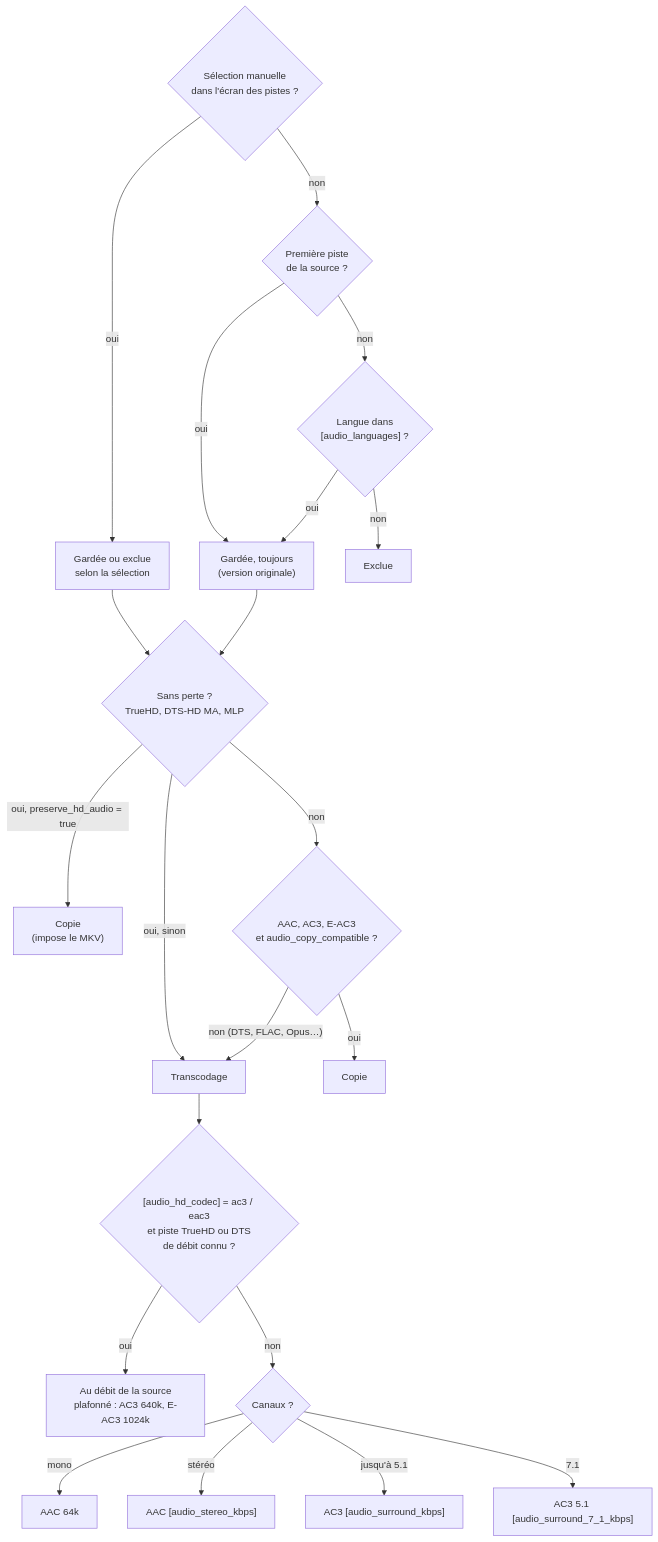
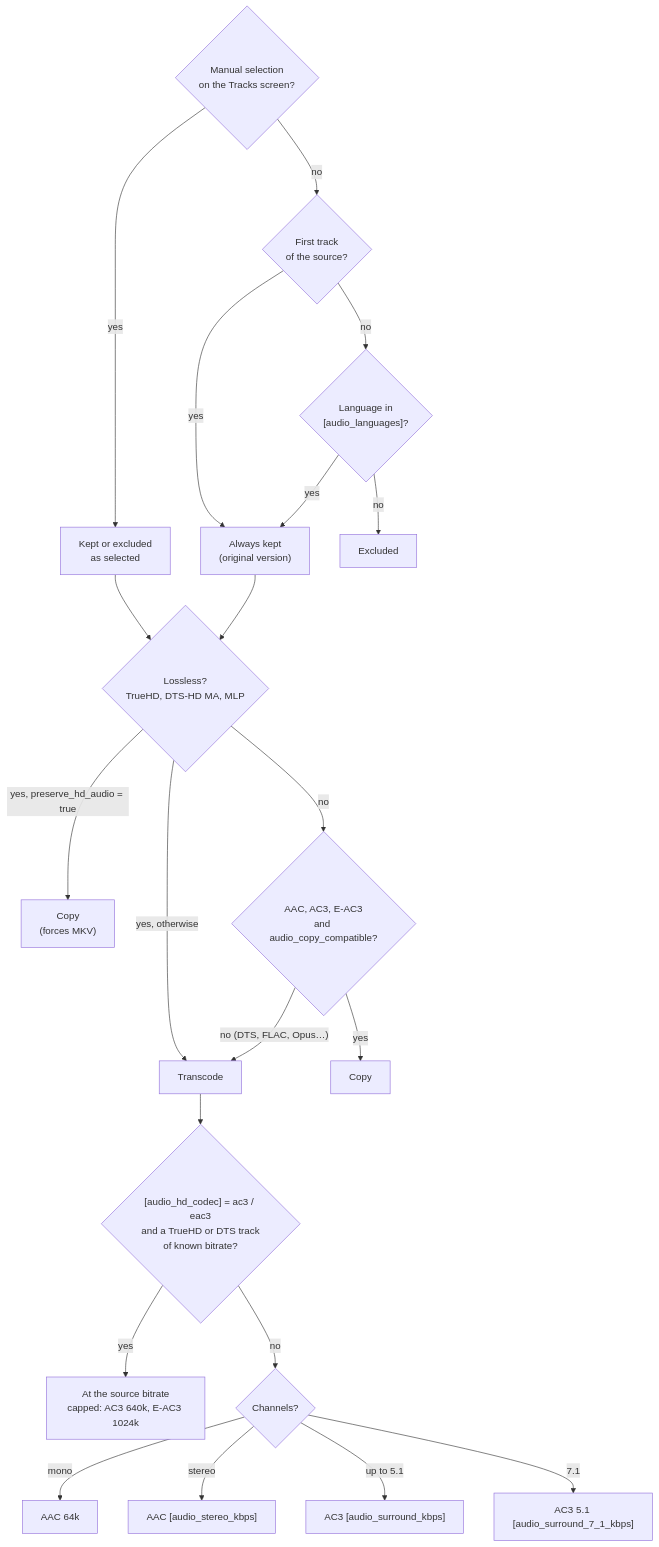
Before and after one commit to opegon/IRIS_Encode: the fourth of 6 diagrams in README.md, drawn with Mermaid. The commit also changed other lines of this file and 10 other files, not shown here.

````diff
--- a/README.md
+++ b/README.md
@@ -135,24 +137,24 @@
 ```mermaid
 flowchart TD
-    A0{"Sélection manuelle<br/>dans l'écran des pistes ?"}
-    A0 -->|oui| A1["Gardée ou exclue<br/>selon la sélection"]
-    A0 -->|non| A2{"Première piste<br/>de la source ?"}
-    A2 -->|oui| A3["Gardée, toujours<br/>(version originale)"]
-    A2 -->|non| A4{"Langue dans<br/>[audio_languages] ?"}
-    A4 -->|non| AX["Exclue"]
-    A4 -->|oui| A3
+    A0{"Manual selection<br/>on the Tracks screen?"}
+    A0 -->|yes| A1["Kept or excluded<br/>as selected"]
+    A0 -->|no| A2{"First track<br/>of the source?"}
+    A2 -->|yes| A3["Always kept<br/>(original version)"]
+    A2 -->|no| A4{"Language in<br/>[audio_languages]?"}
+    A4 -->|no| AX["Excluded"]
+    A4 -->|yes| A3
     A1 --> B0
-    A3 --> B0{"Sans perte ?<br/>TrueHD, DTS-HD MA, MLP"}
-    B0 -->|"oui, preserve_hd_audio = true"| CP1["Copie<br/>(impose le MKV)"]
-    B0 -->|"oui, sinon"| TR["Transcodage"]
-    B0 -->|non| B1{"AAC, AC3, E-AC3<br/>et audio_copy_compatible ?"}
-    B1 -->|oui| CP2["Copie"]
-    B1 -->|"non (DTS, FLAC, Opus…)"| TR
-    TR --> T0{"[audio_hd_codec] = ac3 / eac3<br/>et piste TrueHD ou DTS<br/>de débit connu ?"}
-    T0 -->|oui| T1["Au débit de la source<br/>plafonné : AC3 640k, E-AC3 1024k"]
-    T0 -->|non| T2{"Canaux ?"}
+    A3 --> B0{"Lossless?<br/>TrueHD, DTS-HD MA, MLP"}
+    B0 -->|"yes, preserve_hd_audio = true"| CP1["Copy<br/>(forces MKV)"]
+    B0 -->|"yes, otherwise"| TR["Transcode"]
+    B0 -->|no| B1{"AAC, AC3, E-AC3<br/>and audio_copy_compatible?"}
+    B1 -->|yes| CP2["Copy"]
+    B1 -->|"no (DTS, FLAC, Opus…)"| TR
+    TR --> T0{"[audio_hd_codec] = ac3 / eac3<br/>and a TrueHD or DTS track<br/>of known bitrate?"}
+    T0 -->|yes| T1["At the source bitrate<br/>capped: AC3 640k, E-AC3 1024k"]
+    T0 -->|no| T2{"Channels?"}
     T2 -->|mono| T3["AAC 64k"]
-    T2 -->|stéréo| T4["AAC [audio_stereo_kbps]"]
-    T2 -->|"jusqu'à 5.1"| T5["AC3 [audio_surround_kbps]"]
+    T2 -->|stereo| T4["AAC [audio_stereo_kbps]"]
+    T2 -->|"up to 5.1"| T5["AC3 [audio_surround_kbps]"]
     T2 -->|7.1| T6["AC3 5.1 [audio_surround_7_1_kbps]"]
 ```
````
